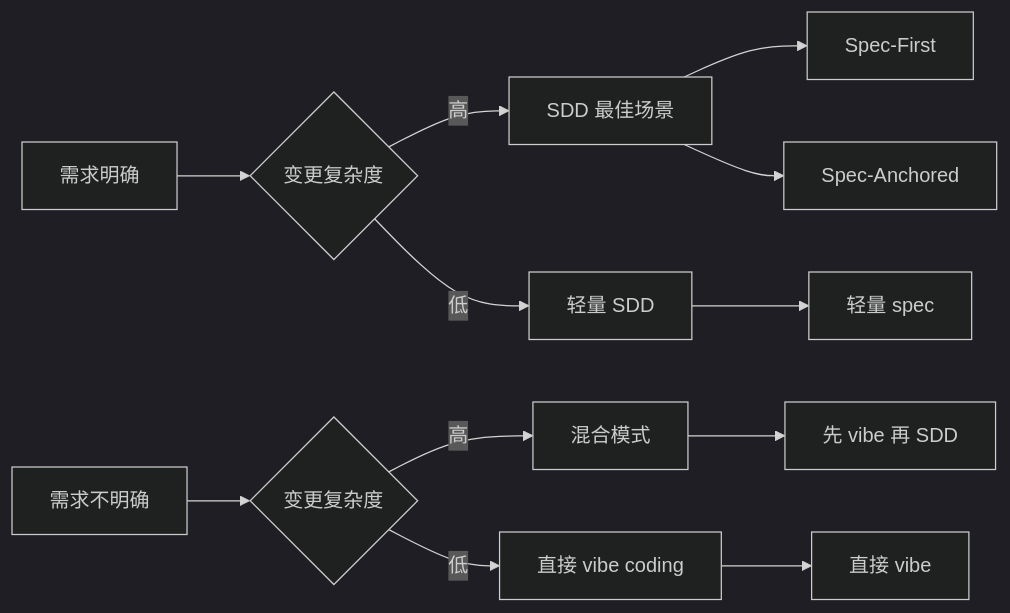
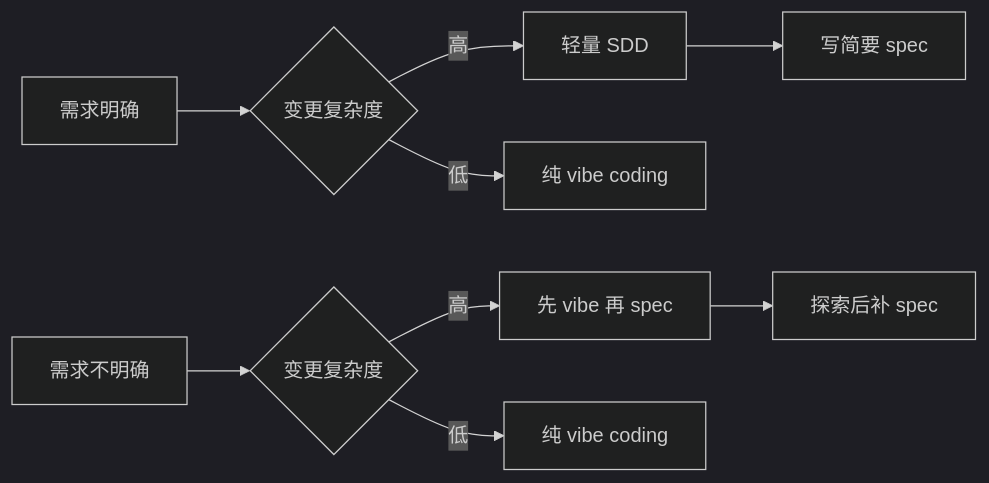
One commit to sheweifan/sheweifan.github.io changed the diagram in content/posts/sdd.md. Above: the diagram before and after it, drawn with Mermaid (dark theme). The commit also changed other lines of this file, not shown here.

Commit message:
Update SDD article: vibe coding is the future, SDD is enhancement

```diff
--- a/content/posts/sdd.md
+++ b/content/posts/sdd.md
@@ -223,16 +251,13 @@
 {{< mermaid >}}
 graph LR
     A[需求明确] --> B{变更复杂度}
-    B -->|高| C[SDD 最佳场景]
-    B -->|低| D[轻量 SDD]
+    B -->|高| C[轻量 SDD]
+    B -->|低| D[纯 vibe coding]
     
     E[需求不明确] --> F{变更复杂度}
-    F -->|高| G[混合模式]
-    F -->|低| H[直接 vibe coding]
+    F -->|高| G[先 vibe 再 spec]
+    F -->|低| H[纯 vibe coding]
     
-    C --> C1[Spec-First]
-    C --> C2[Spec-Anchored]
-    D --> D1[轻量 spec]
-    G --> G1[先 vibe 再 SDD]
-    H --> H1[直接 vibe]
+    C --> C1[写简要 spec]
+    G --> G1[探索后补 spec]
 {{< /mermaid >}}
```
